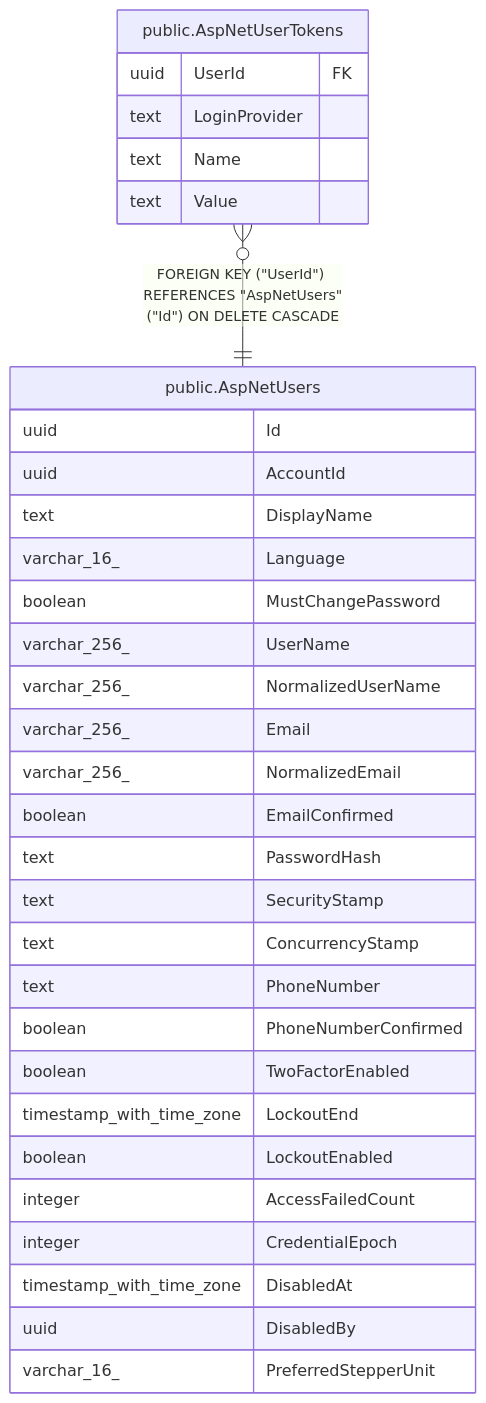
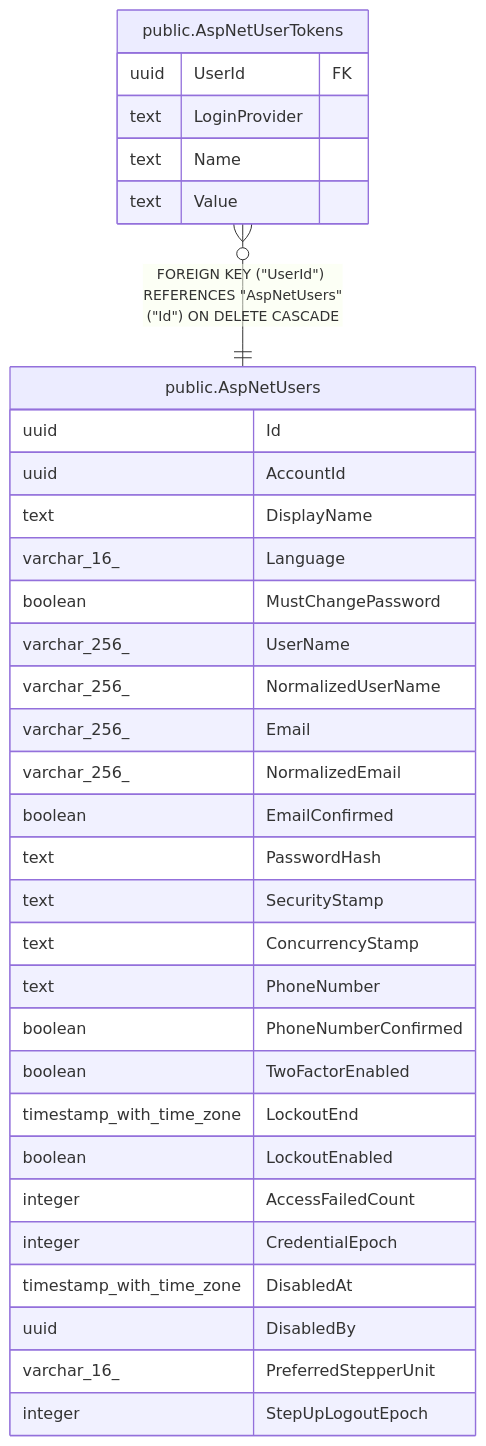
The diagram in docs/schema/public.AspNetUserTokens.md (mforce/cluckwork), drawn with Mermaid before and after one commit. The commit also changed 21 other files, not shown here.

First line of the commit message:
feat(auth): add ApplicationUser.StepUpLogoutEpoch column (#338) (#554)

````diff
--- a/docs/schema/public.AspNetUserTokens.md
+++ b/docs/schema/public.AspNetUserTokens.md
@@ -36,37 +36,38 @@
 ```mermaid
 erDiagram
 
 "public.AspNetUserTokens" }o--|| "public.AspNetUsers" : "FOREIGN KEY (#quot;UserId#quot;) REFERENCES #quot;AspNetUsers#quot;(#quot;Id#quot;) ON DELETE CASCADE"
 
 "public.AspNetUserTokens" {
   uuid UserId FK
   text LoginProvider
   text Name
   text Value
 }
 "public.AspNetUsers" {
   uuid Id
   uuid AccountId
   text DisplayName
   varchar_16_ Language
   boolean MustChangePassword
   varchar_256_ UserName
   varchar_256_ NormalizedUserName
   varchar_256_ Email
   varchar_256_ NormalizedEmail
   boolean EmailConfirmed
   text PasswordHash
   text SecurityStamp
   text ConcurrencyStamp
   text PhoneNumber
   boolean PhoneNumberConfirmed
   boolean TwoFactorEnabled
   timestamp_with_time_zone LockoutEnd
   boolean LockoutEnabled
   integer AccessFailedCount
   integer CredentialEpoch
   timestamp_with_time_zone DisabledAt
   uuid DisabledBy
   varchar_16_ PreferredStepperUnit
+  integer StepUpLogoutEpoch
 }
 ```
````
